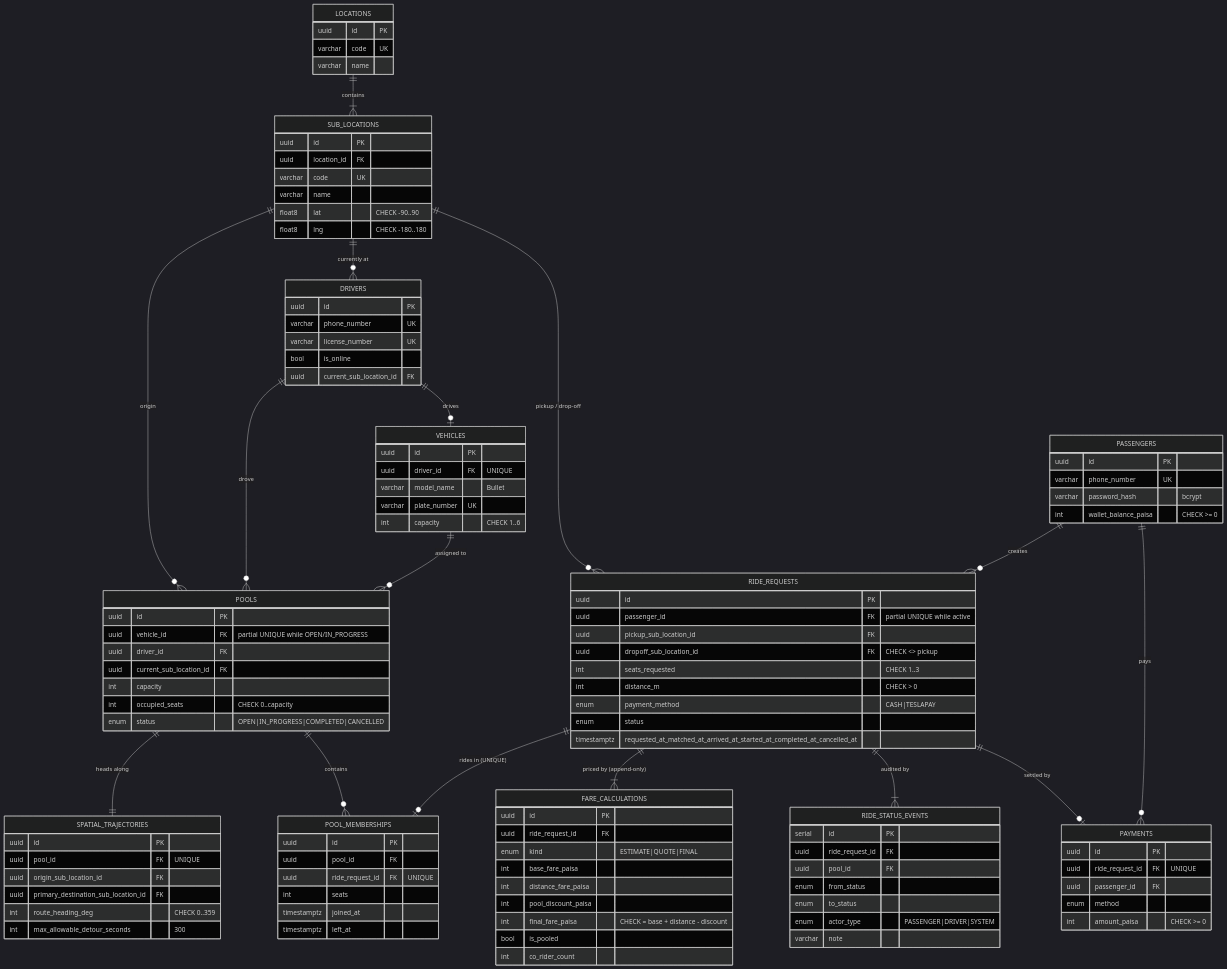
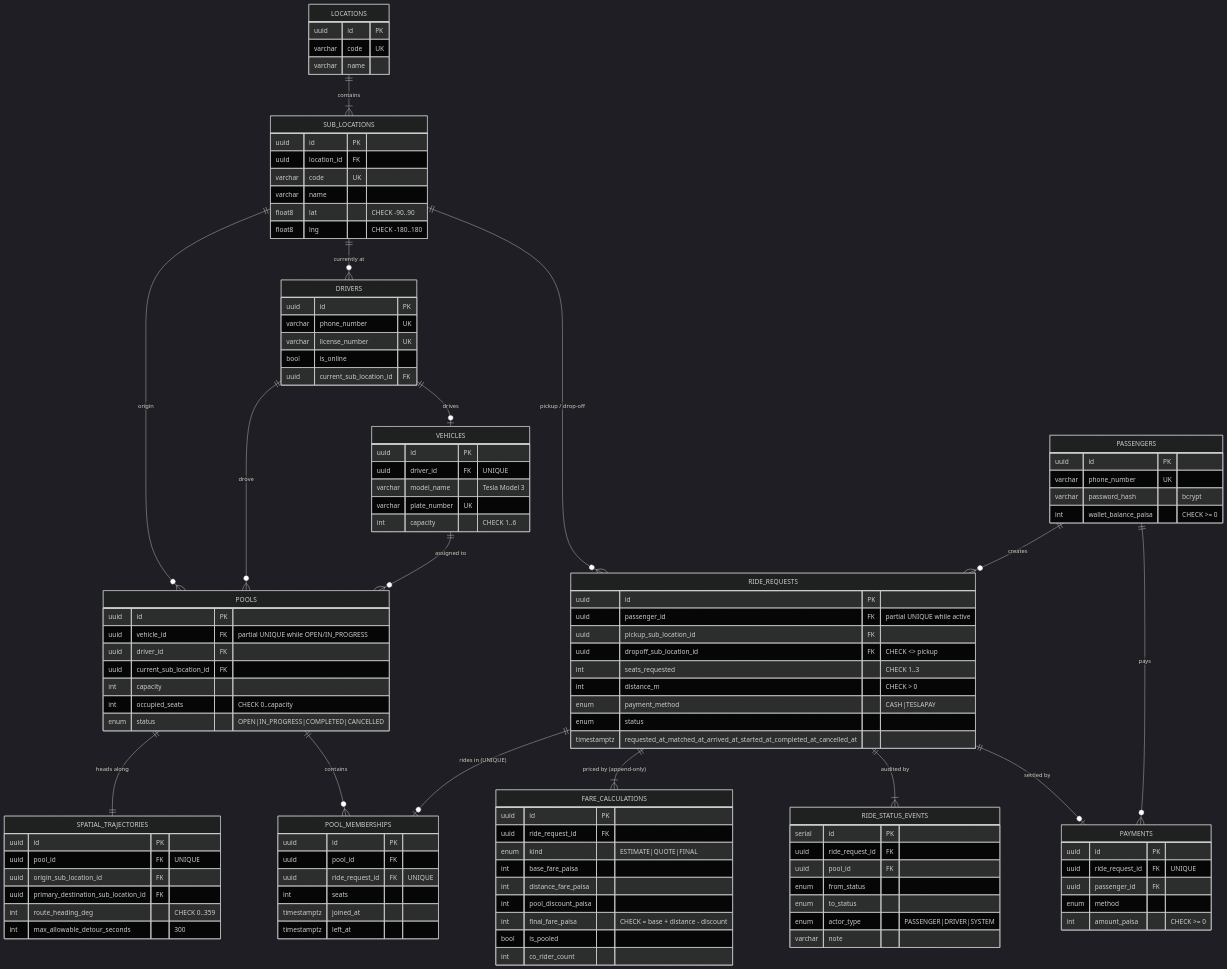
The second of 3 diagrams in README.md (RafidBinBakhtiar/Oi-Tesla), drawn with Mermaid (dark theme) before and after one commit. The commit also changed other lines of this file and 20 other files, not shown here.

```diff
--- a/README.md
+++ b/README.md
@@ -171,7 +170,7 @@
         uuid current_sub_location_id FK }
     VEHICLES { uuid id PK
         uuid driver_id FK "UNIQUE"
-        varchar model_name "Bullet"
+        varchar model_name "Tesla Model 3"
         varchar plate_number UK
         int capacity "CHECK 1..6" }
     POOLS { uuid id PK
```
